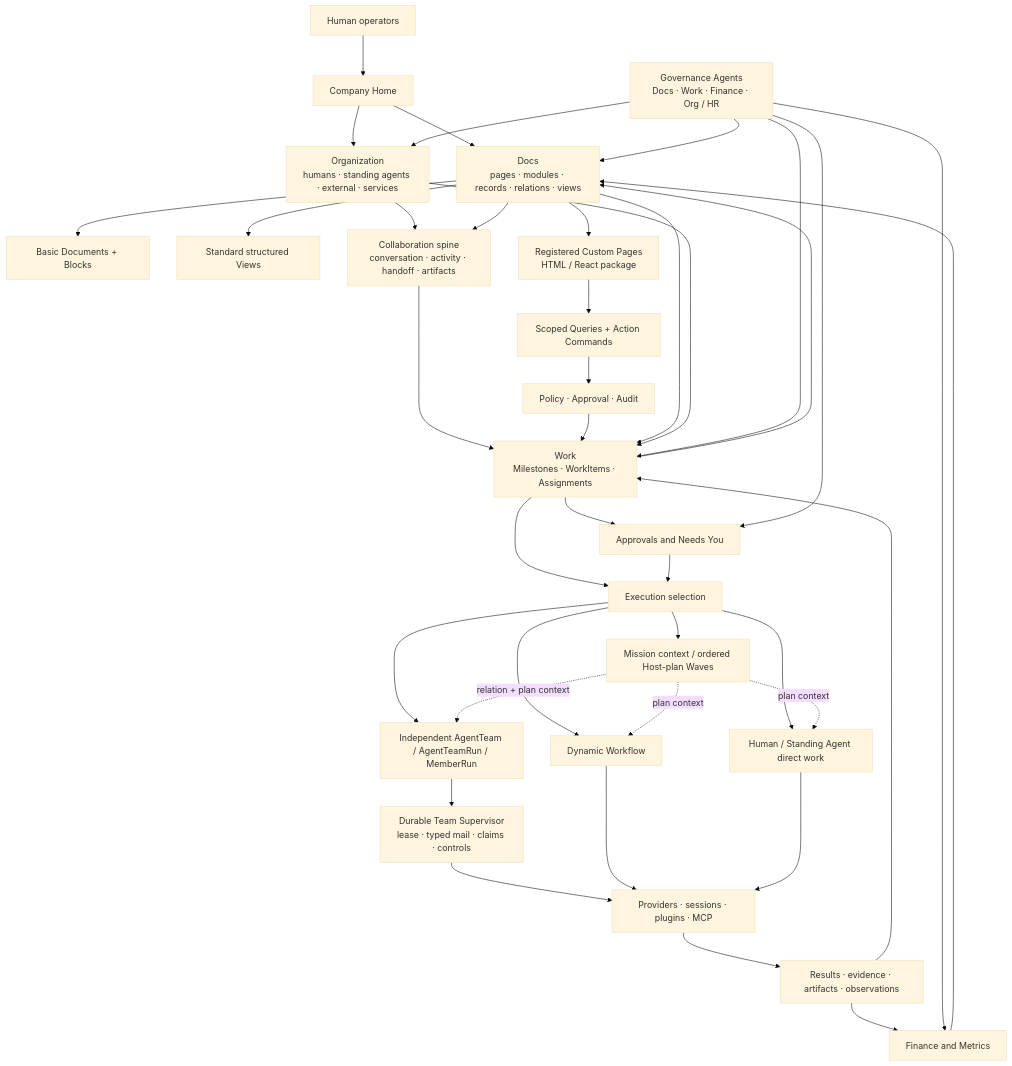
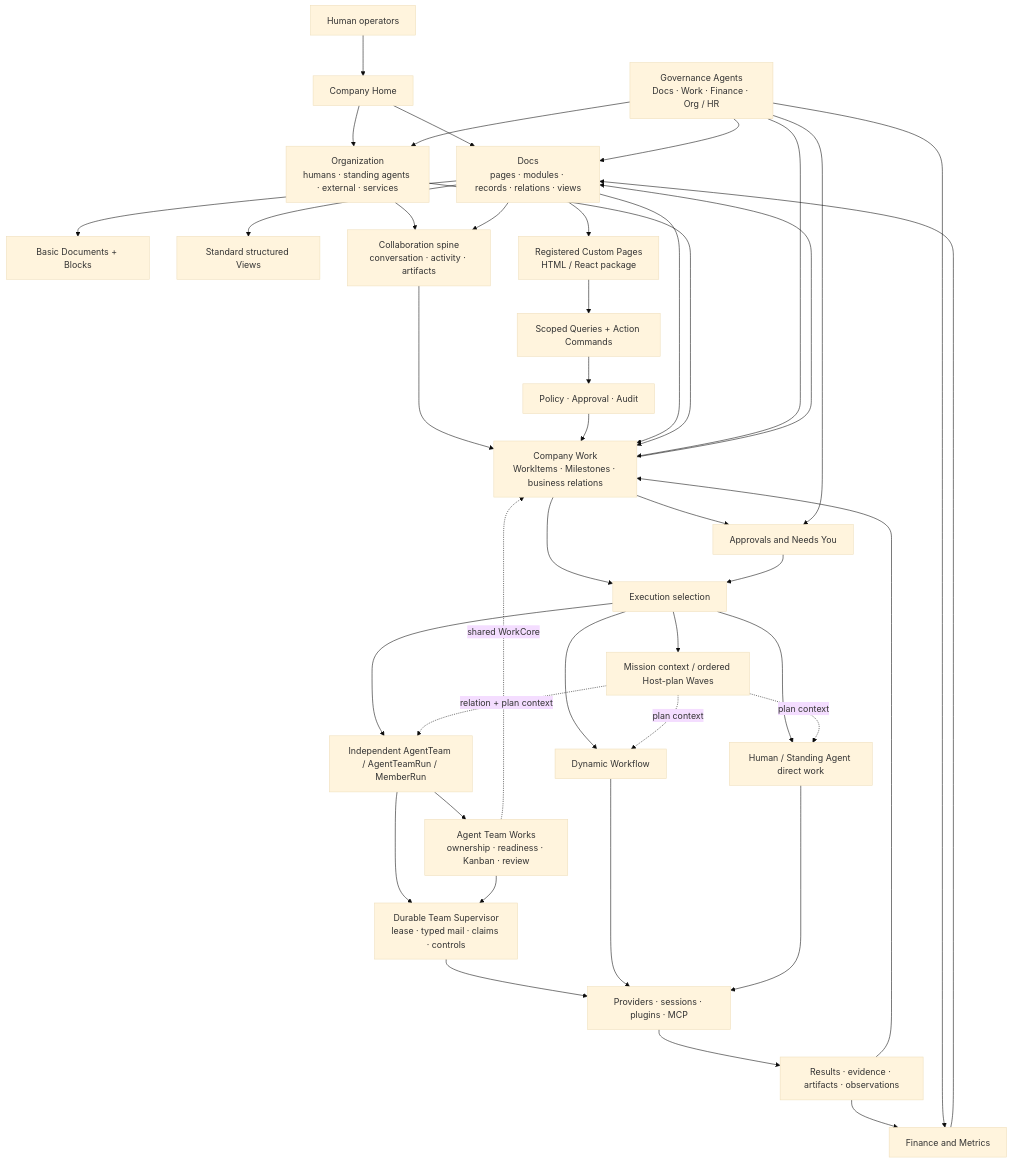
One commit to cyl19970726/multi-agent-harness changed the diagram in docs/architecture-map.md. Above: the diagram before and after it, drawn with Mermaid (base theme). The commit also changed other lines of this file and 35 other files, not shown here.

Commit message:
docs: define agent team works model

````diff
--- a/docs/architecture-map.md
+++ b/docs/architecture-map.md
@@ -8,64 +8,68 @@
 ```mermaid
 flowchart TB
   Human["Human operators"]
   Home["Company Home"]
   Docs["Docs\npages · modules · records · relations · views"]
   Blocks["Basic Documents + Blocks"]
   Views["Standard structured Views"]
   Custom["Registered Custom Pages\nHTML / React package"]
   Actions["Scoped Queries + Action Commands"]
   Policy["Policy · Approval · Audit"]
   Org["Organization\nhumans · standing agents · external · services"]
-  Collab["Collaboration spine\nconversation · activity · handoff · artifacts"]
-  Work["Work\nMilestones · WorkItems · Assignments"]
+  Collab["Collaboration spine\nconversation · activity · artifacts"]
+  TeamWork["Agent Team Works\nownership · readiness · Kanban · review"]
+  Work["Company Work\nWorkItems · Milestones · business relations"]
   Approval["Approvals and Needs You"]
   Gov["Governance Agents\nDocs · Work · Finance · Org / HR"]
   Finance["Finance and Metrics"]
   Exec["Execution selection"]
   Mission["Mission context / ordered Host-plan Waves"]
   Team["Independent AgentTeam / AgentTeamRun / MemberRun"]
   Supervisor["Durable Team Supervisor\nlease · typed mail · claims · controls"]
   Workflow["Dynamic Workflow"]
   Direct["Human / Standing Agent direct work"]
   Runtime["Providers · sessions · plugins · MCP"]
   Result["Results · evidence · artifacts · observations"]
 
   Human --> Home
   Home --> Docs
   Home --> Org
   Org --> Collab
   Docs --> Collab
   Collab --> Work
   Docs --> Blocks
   Docs --> Views
   Docs --> Custom
   Custom --> Actions
   Actions --> Policy
   Policy --> Work
   Docs --> Work
   Org --> Work
   Work --> Approval
   Work --> Exec
   Approval --> Exec
   Exec --> Mission
   Exec --> Team
   Exec --> Workflow
   Exec --> Direct
   Mission -.->|relation + plan context| Team
   Mission -.->|plan context| Workflow
   Mission -.->|plan context| Direct
   Team --> Supervisor
+  Team --> TeamWork
+  TeamWork --> Supervisor
+  TeamWork -.->|shared WorkCore| Work
   Supervisor --> Runtime
   Workflow --> Runtime
   Direct --> Runtime
   Runtime --> Result
   Result --> Work
   Work --> Docs
   Result --> Finance
   Finance --> Docs
   Gov --> Docs
   Gov --> Org
   Gov --> Work
   Gov --> Finance
   Gov --> Approval
 ```
````
